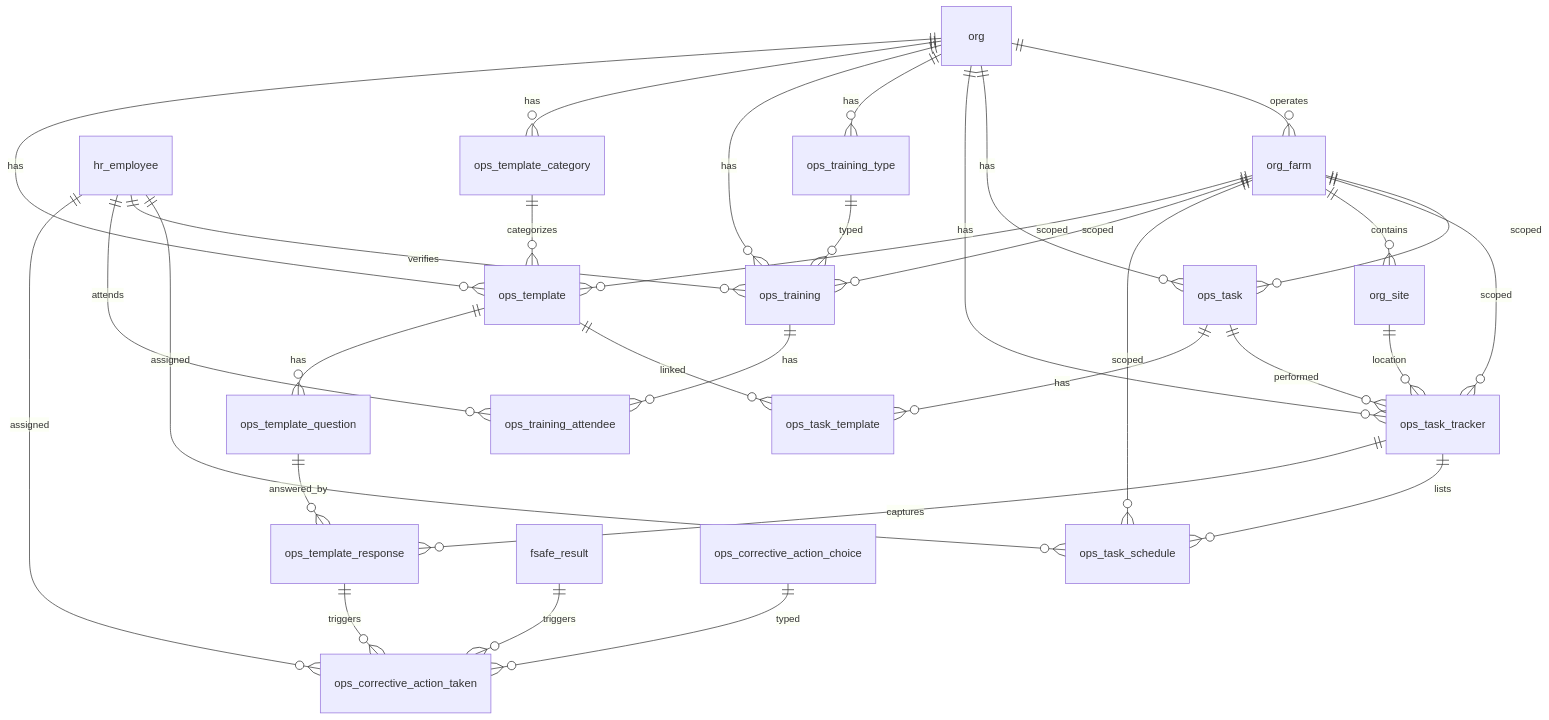
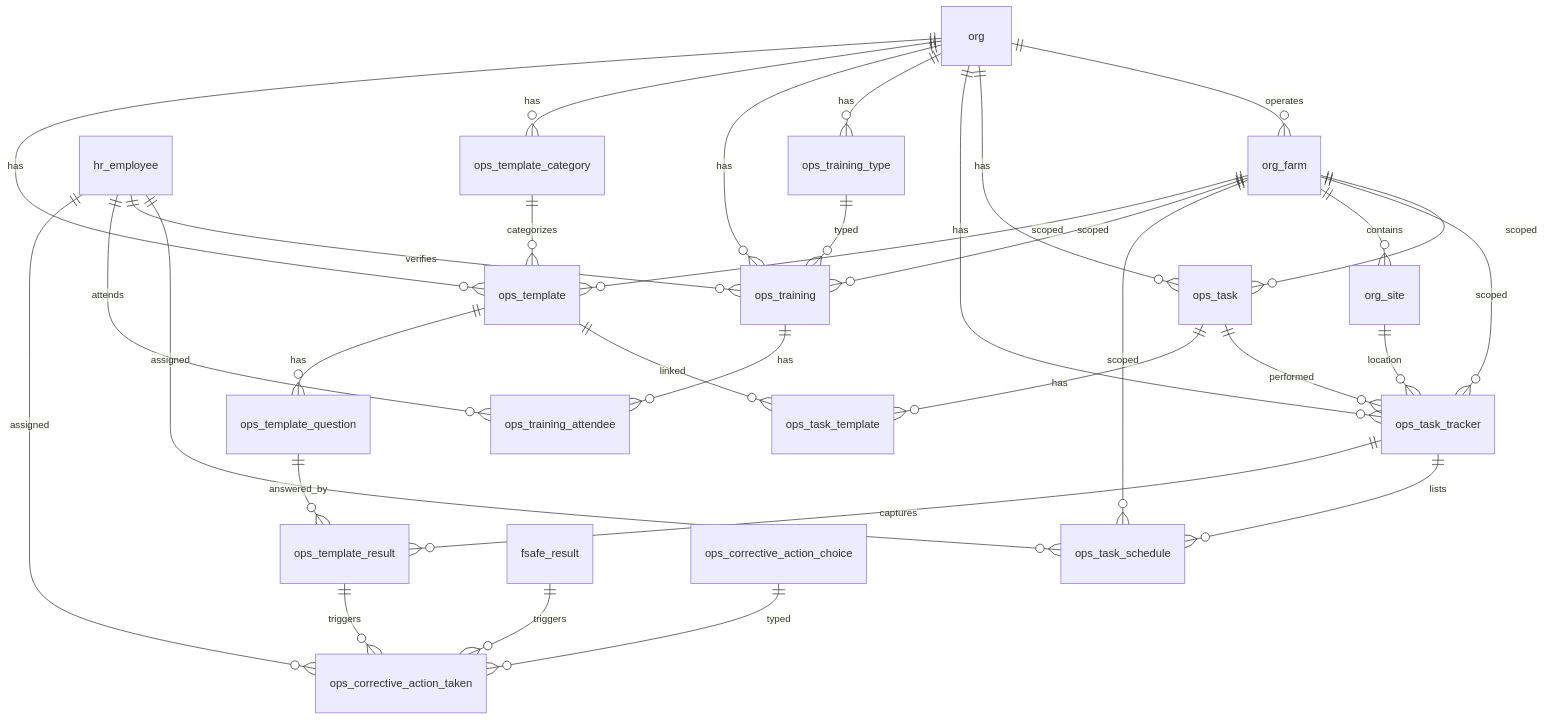
Before and after one commit to Hawaii-Farming/aloha-app: the diagram in docs/schemas/20260327_05_ops.md, drawn with Mermaid. The commit also changed other lines of this file and 55 other files, not shown here.

First line of the commit message:
Rename ops_template_response → ops_template_result, add include_photo and photo table

````diff
--- a/docs/schemas/20260327_05_ops.md
+++ b/docs/schemas/20260327_05_ops.md
@@ -9,36 +9,36 @@
 ```mermaid
 erDiagram
     org ||--o{ org_farm : operates
     org ||--o{ ops_task : has
     org_farm ||--o{ ops_task : scoped
     org ||--o{ ops_task_tracker : has
     org_farm ||--o{ ops_task_tracker : scoped
     org_farm ||--o{ org_site : contains
     org_site ||--o{ ops_task_tracker : location
     ops_task ||--o{ ops_task_tracker : performed
     ops_task ||--o{ ops_task_template : has
     ops_template ||--o{ ops_task_template : linked
     ops_task_tracker ||--o{ ops_task_schedule : lists
     org_farm ||--o{ ops_task_schedule : scoped
     hr_employee ||--o{ ops_task_schedule : assigned
 
     org ||--o{ ops_training_type : has
     org ||--o{ ops_training : has
     org_farm ||--o{ ops_training : scoped
     ops_training_type ||--o{ ops_training : typed
     hr_employee ||--o{ ops_training : verifies
     ops_training ||--o{ ops_training_attendee : has
     hr_employee ||--o{ ops_training_attendee : attends
 
     org ||--o{ ops_template_category : has
     ops_template_category ||--o{ ops_template : categorizes
     org ||--o{ ops_template : has
     org_farm ||--o{ ops_template : scoped
     ops_template ||--o{ ops_template_question : has
-    ops_template_question ||--o{ ops_template_response : answered_by
-    ops_task_tracker ||--o{ ops_template_response : captures
-    ops_template_response ||--o{ ops_corrective_action_taken : triggers
+    ops_template_question ||--o{ ops_template_result : answered_by
+    ops_task_tracker ||--o{ ops_template_result : captures
+    ops_template_result ||--o{ ops_corrective_action_taken : triggers
     fsafe_result ||--o{ ops_corrective_action_taken : triggers
     ops_corrective_action_choice ||--o{ ops_corrective_action_taken : typed
     hr_employee ||--o{ ops_corrective_action_taken : assigned
 ```
````
